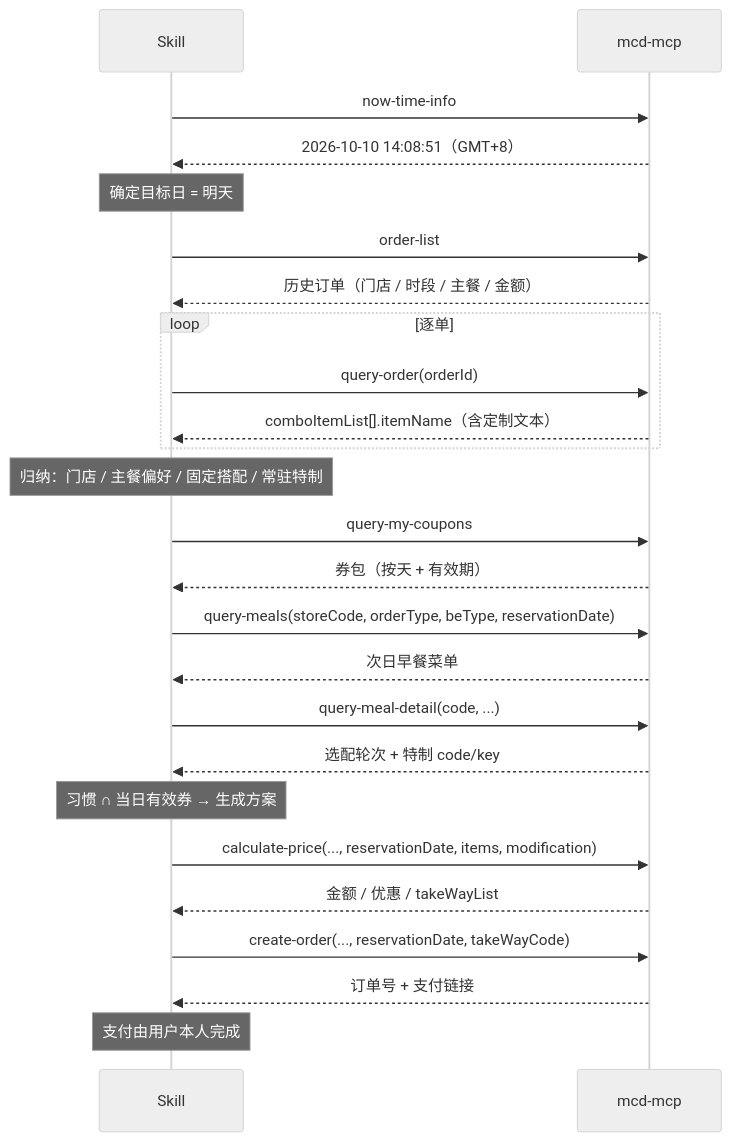
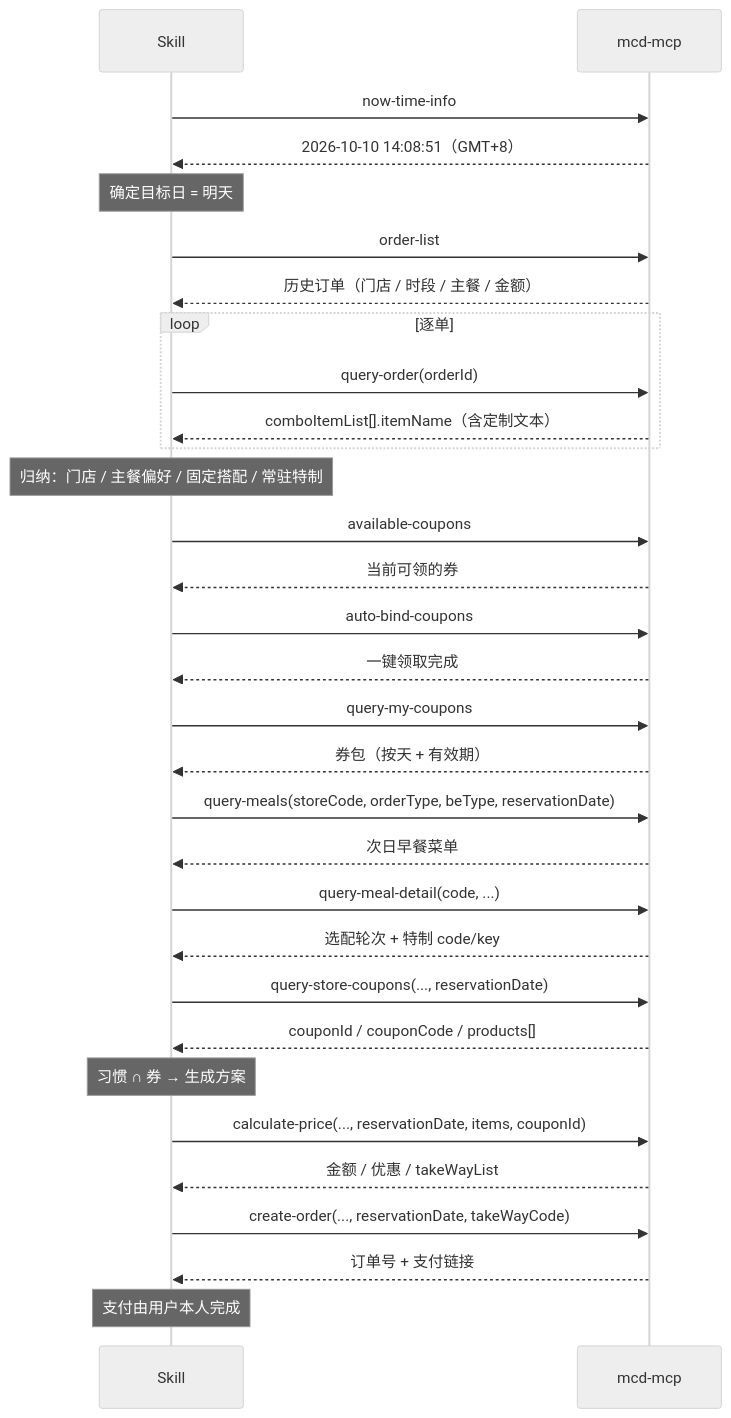
One commit to hjuyam/mcd-breakfast-tomorrow changed the diagram in MCP_INTEGRATION.md. Above: the diagram before and after it, drawn with Mermaid (neutral theme). The commit also changed other lines of this file and 5 other files, not shown here.

````diff
--- a/MCP_INTEGRATION.md
+++ b/MCP_INTEGRATION.md
@@ -41,27 +43,33 @@
 ```mermaid
 sequenceDiagram
     participant S as Skill
     participant M as mcd-mcp
     S->>M: now-time-info
     M-->>S: 2026-10-10 14:08:51（GMT+8）
     Note over S: 确定目标日 = 明天
     S->>M: order-list
     M-->>S: 历史订单（门店 / 时段 / 主餐 / 金额）
     loop 逐单
         S->>M: query-order(orderId)
         M-->>S: comboItemList[].itemName（含定制文本）
     end
     Note over S: 归纳：门店 / 主餐偏好 / 固定搭配 / 常驻特制
+    S->>M: available-coupons
+    M-->>S: 当前可领的券
+    S->>M: auto-bind-coupons
+    M-->>S: 一键领取完成
     S->>M: query-my-coupons
     M-->>S: 券包（按天 + 有效期）
     S->>M: query-meals(storeCode, orderType, beType, reservationDate)
     M-->>S: 次日早餐菜单
     S->>M: query-meal-detail(code, ...)
     M-->>S: 选配轮次 + 特制 code/key
-    Note over S: 习惯 ∩ 当日有效券 → 生成方案
-    S->>M: calculate-price(..., reservationDate, items, modification)
+    S->>M: query-store-coupons(..., reservationDate)
+    M-->>S: couponId / couponCode / products[]
+    Note over S: 习惯 ∩ 券 → 生成方案
+    S->>M: calculate-price(..., reservationDate, items, couponId)
     M-->>S: 金额 / 优惠 / takeWayList
     S->>M: create-order(..., reservationDate, takeWayCode)
     M-->>S: 订单号 + 支付链接
     Note over S: 支付由用户本人完成
 ```
````
